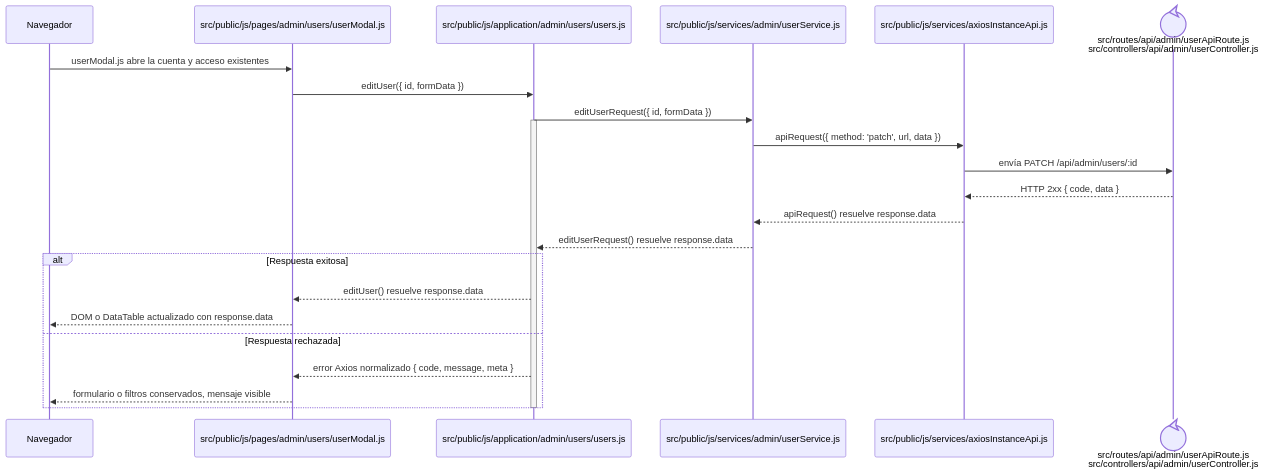
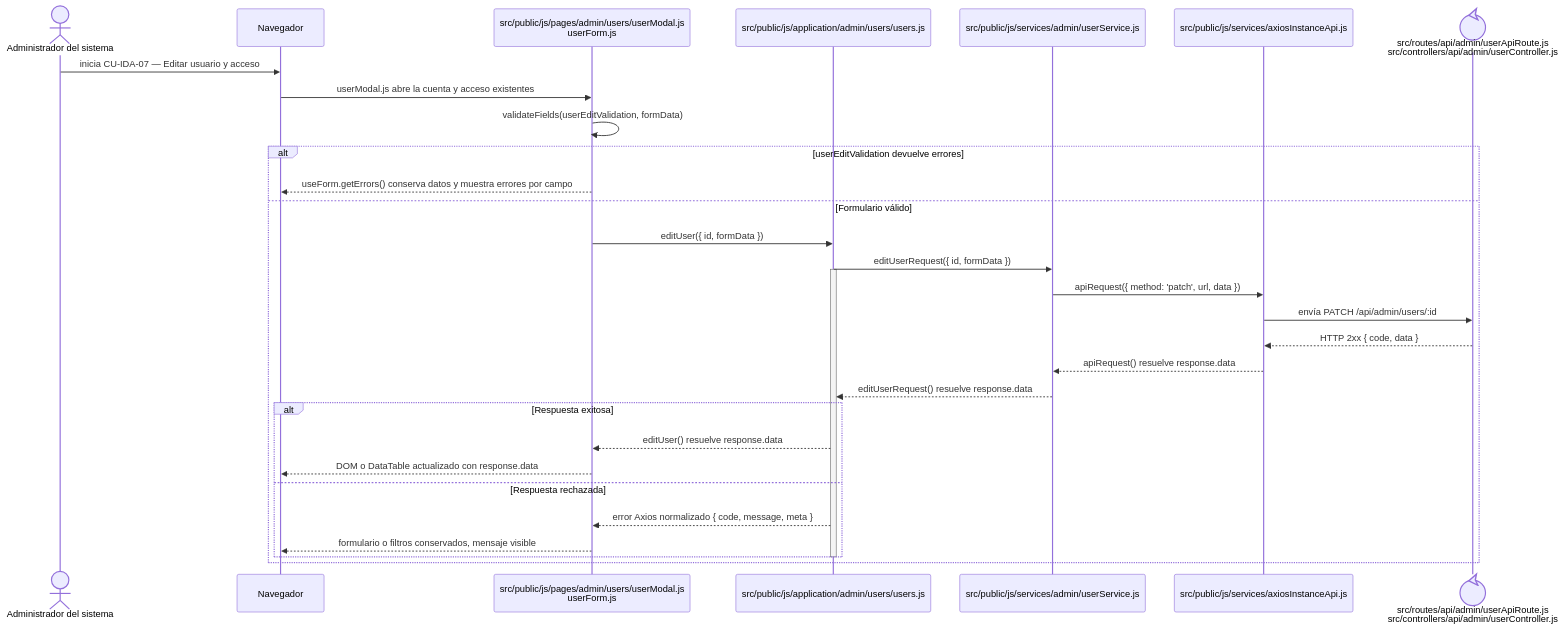
One commit to gpgsistemas01/nexus changed the diagram in docs/architecture/frontend-code-sequences/identity-access/cu-ida-07.md. Above: the diagram before and after it, drawn with Mermaid. The commit also changed 105 other files, not shown here.

````diff
--- a/docs/architecture/frontend-code-sequences/identity-access/cu-ida-07.md
+++ b/docs/architecture/frontend-code-sequences/identity-access/cu-ida-07.md
@@ -6,27 +6,34 @@
 ```mermaid
 sequenceDiagram
+    actor Initiator as Administrador del sistema
     participant Browser as Navegador
-    participant View as src/public/js/pages/admin/users/userModal.js
+    participant View as src/public/js/pages/admin/users/userModal.js<br/>userForm.js
     participant Application as src/public/js/application/admin/users/users.js
     participant Request as src/public/js/services/admin/userService.js
     participant HTTP as src/public/js/services/axiosInstanceApi.js
     participant Transport@{ "type": "control" } as src/routes/api/admin/userApiRoute.js<br/>src/controllers/api/admin/userController.js
 
+    Initiator->>Browser: inicia CU-IDA-07 — Editar usuario y acceso
     Browser->>View: userModal.js abre la cuenta y acceso existentes
-    View->>Application: editUser({ id, formData })
-    Application->>Request: editUserRequest({ id, formData })
-    activate Application
-    Request->>HTTP: apiRequest({ method: 'patch', url, data })
-    HTTP->>Transport: envía PATCH /api/admin/users/:id
-    Transport-->>HTTP: HTTP 2xx { code, data }
-    HTTP-->>Request: apiRequest() resuelve response.data
-    Request-->>Application: editUserRequest() resuelve response.data
-    alt Respuesta exitosa
-        Application-->>View: editUser() resuelve response.data
-        View-->>Browser: DOM o DataTable actualizado con response.data
-    else Respuesta rechazada
-        Application-->>View: error Axios normalizado { code, message, meta }
-        View-->>Browser: formulario o filtros conservados, mensaje visible
+    View->>View: validateFields(userEditValidation, formData)
+    alt userEditValidation devuelve errores
+        View-->>Browser: useForm.getErrors() conserva datos y muestra errores por campo
+    else Formulario válido
+        View->>Application: editUser({ id, formData })
+        Application->>Request: editUserRequest({ id, formData })
+        activate Application
+        Request->>HTTP: apiRequest({ method: 'patch', url, data })
+        HTTP->>Transport: envía PATCH /api/admin/users/:id
+        Transport-->>HTTP: HTTP 2xx { code, data }
+        HTTP-->>Request: apiRequest() resuelve response.data
+        Request-->>Application: editUserRequest() resuelve response.data
+        alt Respuesta exitosa
+            Application-->>View: editUser() resuelve response.data
+            View-->>Browser: DOM o DataTable actualizado con response.data
+        else Respuesta rechazada
+            Application-->>View: error Axios normalizado { code, message, meta }
+            View-->>Browser: formulario o filtros conservados, mensaje visible
+        end
+        deactivate Application
     end
-    deactivate Application
 ```
````
